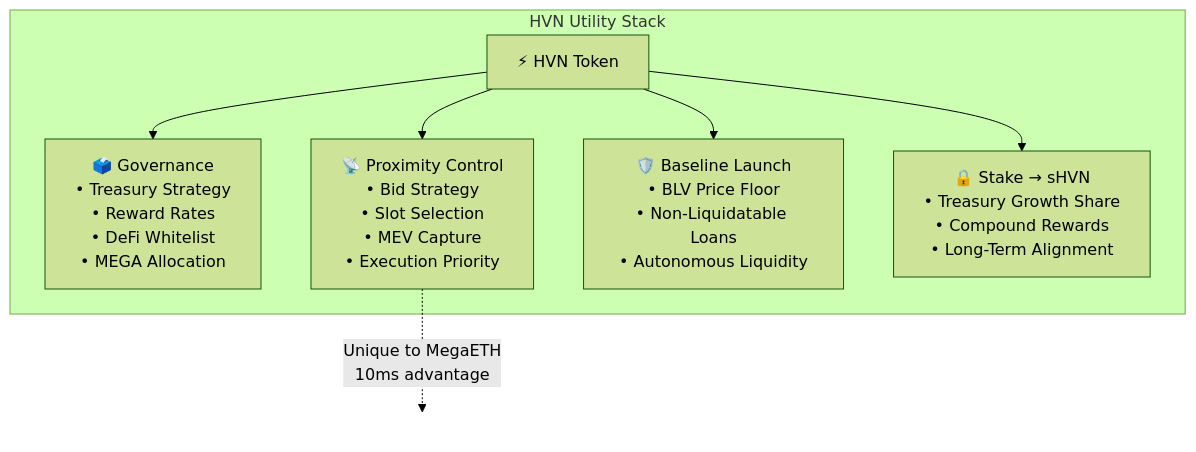
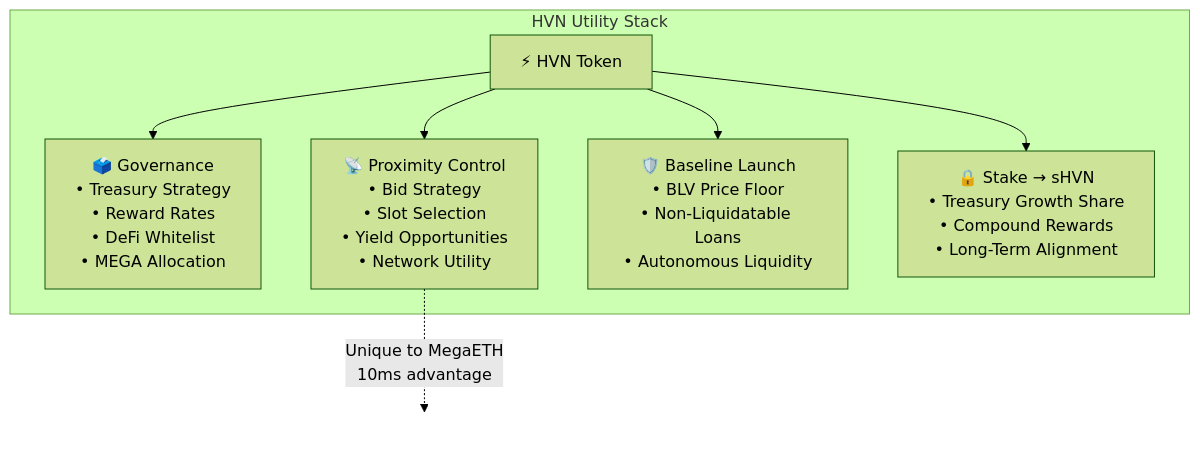
Before and after one commit to 0xJaehaerys/ohmega: the sixth of 11 diagrams in blackhaven-diagrams.md, drawn with Mermaid (forest theme). The commit also changed other lines of this file and 5 other files, not shown here.

First line of the commit message:
Fix: Remove speculative MEV revenue claims for Proximity Markets

````diff
--- a/blackhaven-diagrams.md
+++ b/blackhaven-diagrams.md
@@ -175,22 +175,22 @@
 ```mermaid
 graph TD
     subgraph "HVN Utility Stack"
         HVN["⚡ HVN Token"]
         
         GOVERNANCE["🗳️ Governance<br/>• Treasury Strategy<br/>• Reward Rates<br/>• DeFi Whitelist<br/>• MEGA Allocation"]
         
-        PROXIMITY["📡 Proximity Control<br/>• Bid Strategy<br/>• Slot Selection<br/>• MEV Capture<br/>• Execution Priority"]
+        PROXIMITY["📡 Proximity Control<br/>• Bid Strategy<br/>• Slot Selection<br/>• Yield Opportunities<br/>• Network Utility"]
         
         BASELINE["🛡️ Baseline Launch<br/>• BLV Price Floor<br/>• Non-Liquidatable Loans<br/>• Autonomous Liquidity"]
         
         STAKING["🔒 Stake → sHVN<br/>• Treasury Growth Share<br/>• Compound Rewards<br/>• Long-Term Alignment"]
     end
     
     HVN --> GOVERNANCE
     HVN --> PROXIMITY
     HVN --> BASELINE
     HVN --> STAKING
     
     PROXIMITY -.->|"Unique to MegaETH<br/>10ms advantage"| MEGA_EDGE[" "]
     style MEGA_EDGE fill:none,stroke:none
 ```
````
